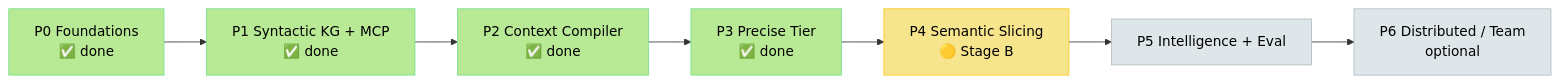
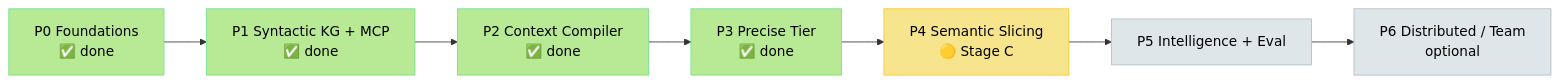
Before and after one commit to Md-Jazbee/prism: the first of 2 diagrams in docs/planning/TASKS-AND-PROGRESS.md, drawn with Mermaid. The commit also changed other lines of this file and 24 other files, not shown here.

````diff
--- a/docs/planning/TASKS-AND-PROGRESS.md
+++ b/docs/planning/TASKS-AND-PROGRESS.md
@@ -26,17 +26,17 @@
 ```mermaid
 flowchart LR
     P0[P0 Foundations<br/>✅ done] --> P1[P1 Syntactic KG + MCP<br/>✅ done]
     P1 --> P2[P2 Context Compiler<br/>✅ done]
     P2 --> P3[P3 Precise Tier<br/>✅ done]
-    P3 --> P4[P4 Semantic Slicing<br/>🟡 Stage B]
+    P3 --> P4[P4 Semantic Slicing<br/>🟡 Stage C]
     P4 --> P5[P5 Intelligence + Eval]
     P5 --> P6[P6 Distributed / Team<br/>optional]
 
     style P0 fill:#b8e994,stroke:#78e08f,color:#000
     style P1 fill:#b8e994,stroke:#78e08f,color:#000
     style P2 fill:#b8e994,stroke:#78e08f,color:#000
     style P3 fill:#b8e994,stroke:#78e08f,color:#000
     style P4 fill:#f6e58d,stroke:#f9ca24,color:#000
     style P5 fill:#dfe6e9,stroke:#b2bec3,color:#000
     style P6 fill:#dfe6e9,stroke:#b2bec3,color:#000
 ```
````
